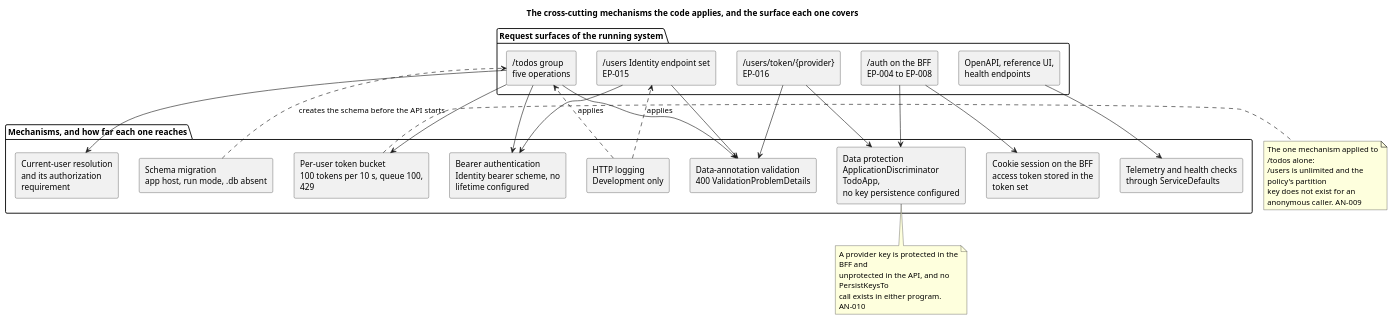
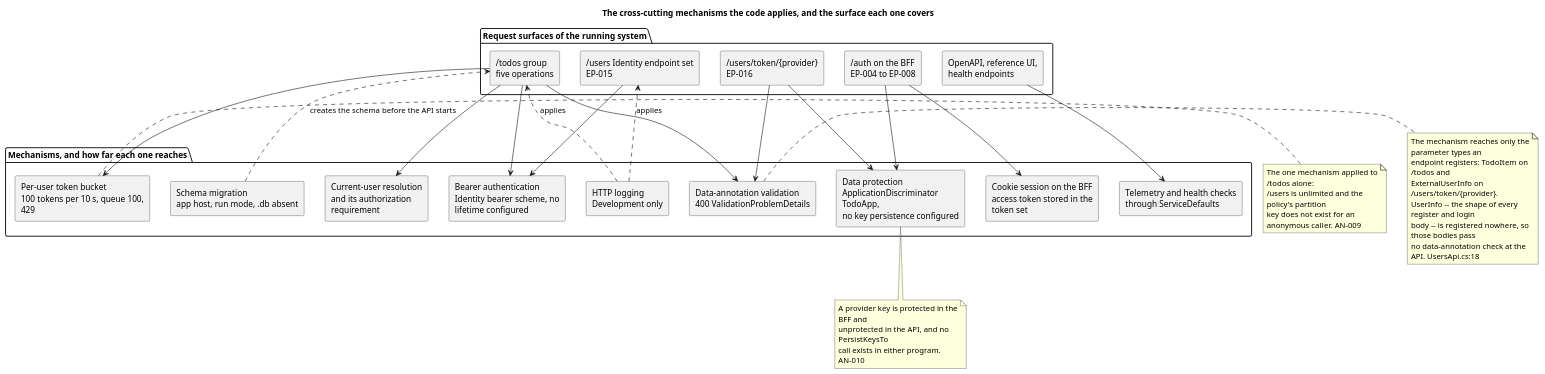
Before and after one commit to banense-test/TodoApp: the diagram in docs/artifacts/requirements/supplementary-specification.md, drawn with PlantUML. The commit also changed other lines of this file, not shown here.

Commit message:
System Analyst [Excavation1]: upsert Supplementary Specification
[skip ci]

````diff
--- a/docs/artifacts/requirements/supplementary-specification.md
+++ b/docs/artifacts/requirements/supplementary-specification.md
@@ -17,57 +16,65 @@
 ```plantuml
 @startuml
 title The cross-cutting mechanisms the code applies, and the surface each one covers
 
 skinparam componentStyle rectangle
 skinparam shadowing false
 skinparam wrapWidth 210
 
 package "Request surfaces of the running system" {
   component "/todos group\nfive operations" as S_TODOS
   component "/users Identity endpoint set\nEP-015" as S_ID
   component "/users/token/{provider}\nEP-016" as S_TOKEN
   component "/auth on the BFF\nEP-004 to EP-008" as S_AUTH
   component "OpenAPI, reference UI,\nhealth endpoints" as S_DOCS
 }
 
 package "Mechanisms, and how far each one reaches" {
   component "Bearer authentication\nIdentity bearer scheme, no lifetime configured" as M_BEARER
   component "Current-user resolution\nand its authorization requirement" as M_CU
   component "Per-user token bucket\n100 tokens per 10 s, queue 100, 429" as M_RATE
   component "Data-annotation validation\n400 ValidationProblemDetails" as M_VAL
   component "Data protection\nApplicationDiscriminator TodoApp,\nno key persistence configured" as M_DP
   component "Cookie session on the BFF\naccess token stored in the token set" as M_COOKIE
   component "HTTP logging\nDevelopment only" as M_LOG
   component "Telemetry and health checks\nthrough ServiceDefaults" as M_OBS
   component "Schema migration\napp host, run mode, .db absent" as M_MIG
 }
 
 S_TODOS --> M_BEARER
 S_TODOS --> M_CU
 S_TODOS --> M_RATE
 S_TODOS --> M_VAL
 S_ID --> M_BEARER
-S_ID --> M_VAL
+S_TOKEN --> M_VAL
 S_TOKEN --> M_DP
-S_TOKEN --> M_VAL
 S_AUTH --> M_COOKIE
 S_AUTH --> M_DP
 S_DOCS --> M_OBS
 M_LOG ..> S_TODOS : applies
 M_LOG ..> S_ID : applies
 M_MIG ..> S_TODOS : creates the schema before the API starts
+
+note right of M_VAL
+  The mechanism reaches only the parameter types an
+  endpoint registers: TodoItem on /todos and
+  ExternalUserInfo on /users/token/{provider}.
+  UserInfo -- the shape of every register and login
+  body -- is registered nowhere, so those bodies pass
+  no data-annotation check at the API. UsersApi.cs:18
+end note
 
 note right of M_RATE
   The one mechanism applied to /todos alone:
   /users is unlimited and the policy's partition
   key does not exist for an anonymous caller. AN-009
 end note
 
 note bottom of M_DP
   A provider key is protected in the BFF and
   unprotected in the API, and no PersistKeysTo
   call exists in either program. AN-010
 end note
 
 @enduml
 ```
````
